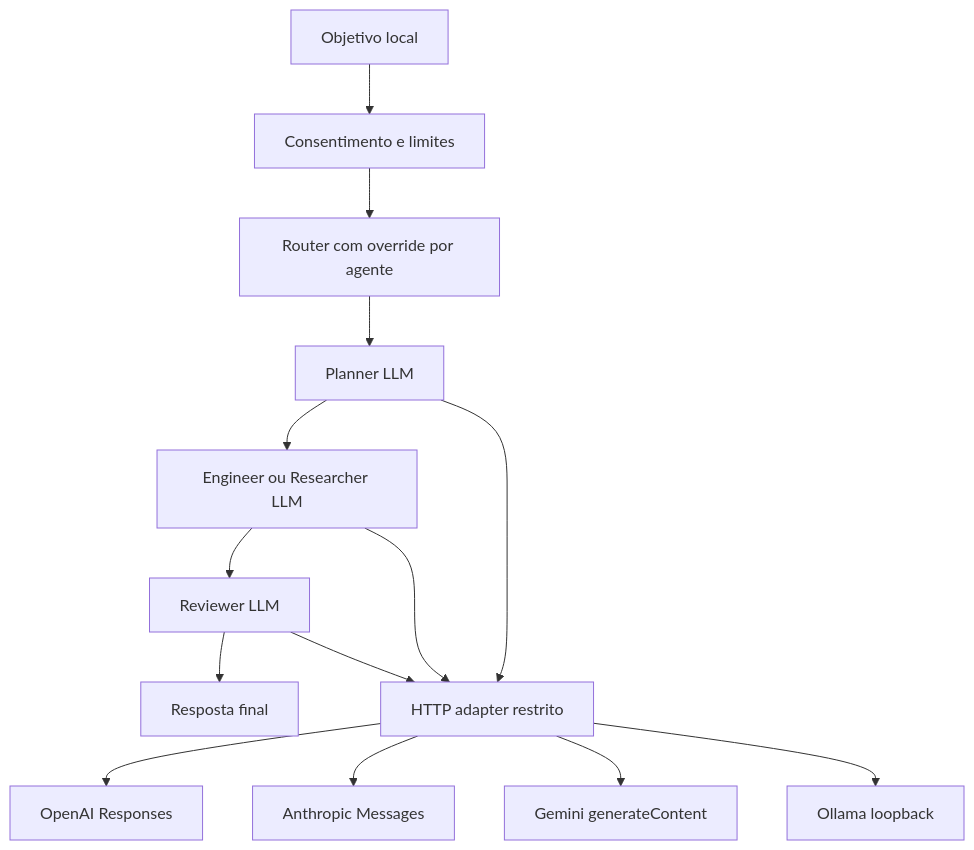
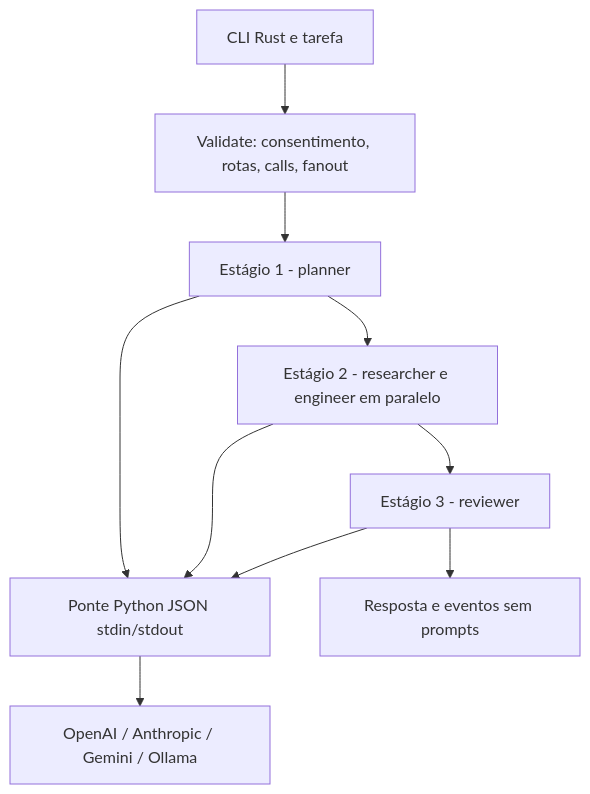
Before and after one commit to yusei21/Harnesses: the diagram in docs/ARCHITECTURE.md, drawn with Mermaid. The commit also changed other lines of this file and 15 other files, not shown here.

Commit message:
feat(rust): typed Tokio orchestrator with Python inference bridge, tests and docs

````diff
--- a/docs/ARCHITECTURE.md
+++ b/docs/ARCHITECTURE.md
@@ -3,16 +3,12 @@
 ```mermaid
 flowchart TD
- U[Objetivo local] --> G[Consentimento e limites]
- G --> R[Router com override por agente]
- R --> P[Planner LLM]
- P --> E[Engineer ou Researcher LLM]
- E --> V[Reviewer LLM]
- V --> O[Resposta final]
- P --> H[HTTP adapter restrito]
- E --> H
- V --> H
- H --> A[OpenAI Responses]
- H --> B[Anthropic Messages]
- H --> C[Gemini generateContent]
- H --> D[Ollama loopback]
+ U[CLI Rust e tarefa] --> V[Validate: consentimento, rotas, calls, fanout]
+ V --> P[Estágio 1 - planner]
+ P --> E[Estágio 2 - researcher e engineer em paralelo]
+ E --> R[Estágio 3 - reviewer]
+ P --> B[Ponte Python JSON stdin/stdout]
+ E --> B
+ R --> B
+ B --> M[OpenAI / Anthropic / Gemini / Ollama]
+ R --> OUT[Resposta e eventos sem prompts]
 ```
````
